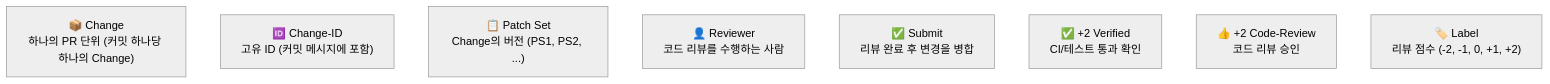
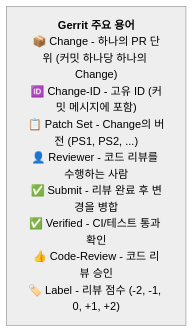
One commit to jingu279/Document changed the third of 4 diagrams in 07_Gerrit/01_What_is_Gerrit.md. Above: the diagram before and after it, drawn with Mermaid (neutral theme). The commit also changed other lines of this file and 16 other files, not shown here.

Commit message:
Fix all Mermaid rendering issues (subgraph-to-subgraph, unconnected nodes, reserved names, dashes)

````diff
--- a/07_Gerrit/01_What_is_Gerrit.md
+++ b/07_Gerrit/01_What_is_Gerrit.md
@@ -51,11 +37,4 @@
 ```mermaid
 flowchart TB
-  Change["📦 Change<br/>하나의 PR 단위 (커밋 하나당 하나의 Change)"]
-  ChangeID["🆔 Change-ID<br/>고유 ID (커밋 메시지에 포함)"]
-  PatchSet["📋 Patch Set<br/>Change의 버전 (PS1, PS2, ...)"]
-  Reviewer["👤 Reviewer<br/>코드 리뷰를 수행하는 사람"]
-  Submit["✅ Submit<br/>리뷰 완료 후 변경을 병합"]
-  Verified["✅ +2 Verified<br/>CI/테스트 통과 확인"]
-  CodeReview["👍 +2 Code-Review<br/>코드 리뷰 승인"]
-  Label["🏷️ Label<br/>리뷰 점수 (-2, -1, 0, +1, +2)"]
+  Terms["<b>Gerrit 주요 용어</b><br/>📦 Change - 하나의 PR 단위 (커밋 하나당 하나의 Change)<br/>🆔 Change-ID - 고유 ID (커밋 메시지에 포함)<br/>📋 Patch Set - Change의 버전 (PS1, PS2, ...)<br/>👤 Reviewer - 코드 리뷰를 수행하는 사람<br/>✅ Submit - 리뷰 완료 후 변경을 병합<br/>✅ Verified - CI/테스트 통과 확인<br/>👍 Code-Review - 코드 리뷰 승인<br/>🏷️ Label - 리뷰 점수 (-2, -1, 0, +1, +2)"]
 ```
````
